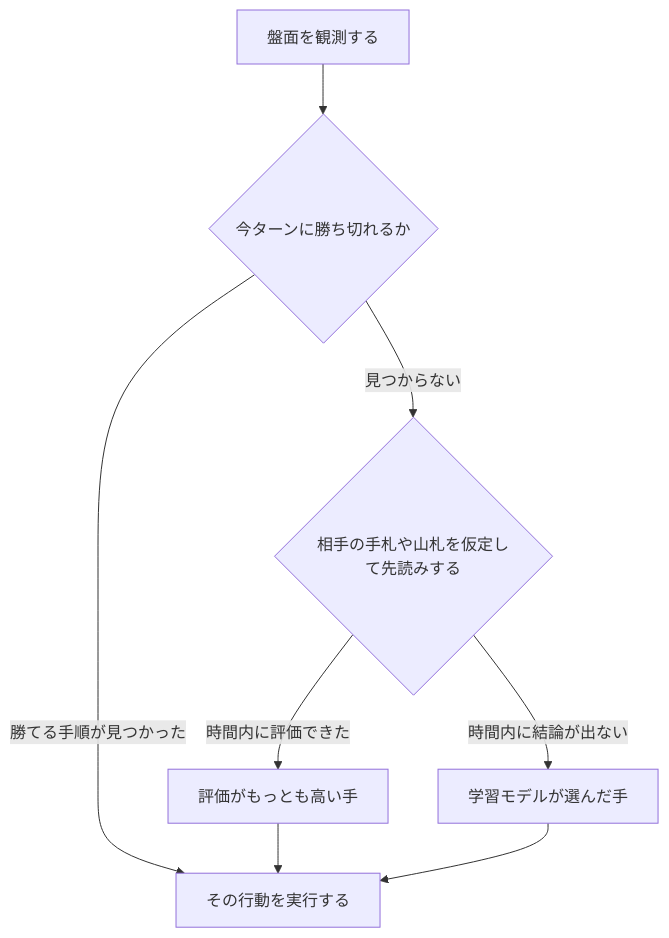
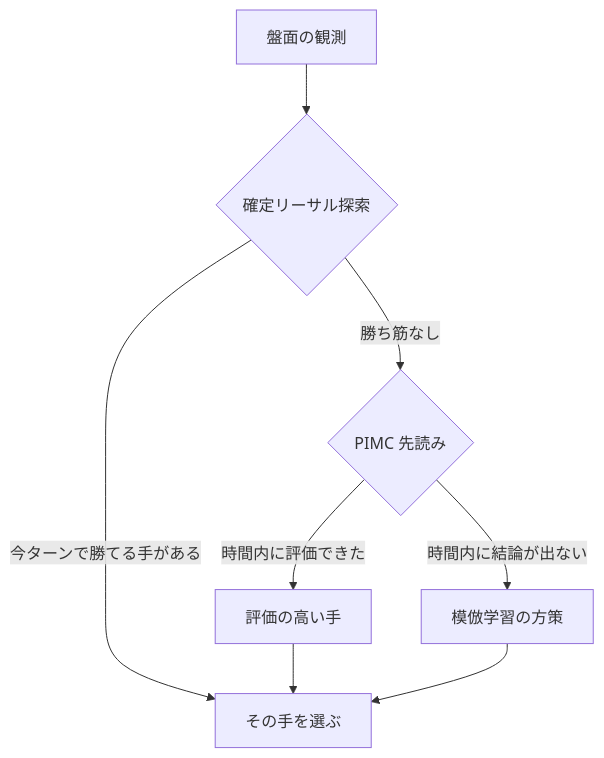
The first of 2 diagrams in README.md (pokemon-ai-challenge/pokemon-tcg-ai-battle), drawn with Mermaid before and after one commit. The commit also changed other lines of this file and 2 other files, not shown here.

````diff
--- a/README.md
+++ b/README.md
@@ -50,10 +51,10 @@
 ```mermaid
 flowchart TD
-    A[盤面を観測する] --> B{今ターンに勝ち切れるか}
-    B -->|勝てる手順が見つかった| Z[その行動を実行する]
-    B -->|見つからない| C{相手の手札や山札を仮定して先読みする}
-    C -->|時間内に評価できた| D[評価がもっとも高い手]
-    C -->|時間内に結論が出ない| E[学習モデルが選んだ手]
+    A[盤面の観測] --> B{確定リーサル探索}
+    B -->|今ターンで勝てる手がある| Z[その手を選ぶ]
+    B -->|勝ち筋なし| C{PIMC 先読み}
+    C -->|時間内に評価できた| D[評価の高い手]
+    C -->|時間内に結論が出ない| E[模倣学習の方策]
     D --> Z
     E --> Z
 ```
````
